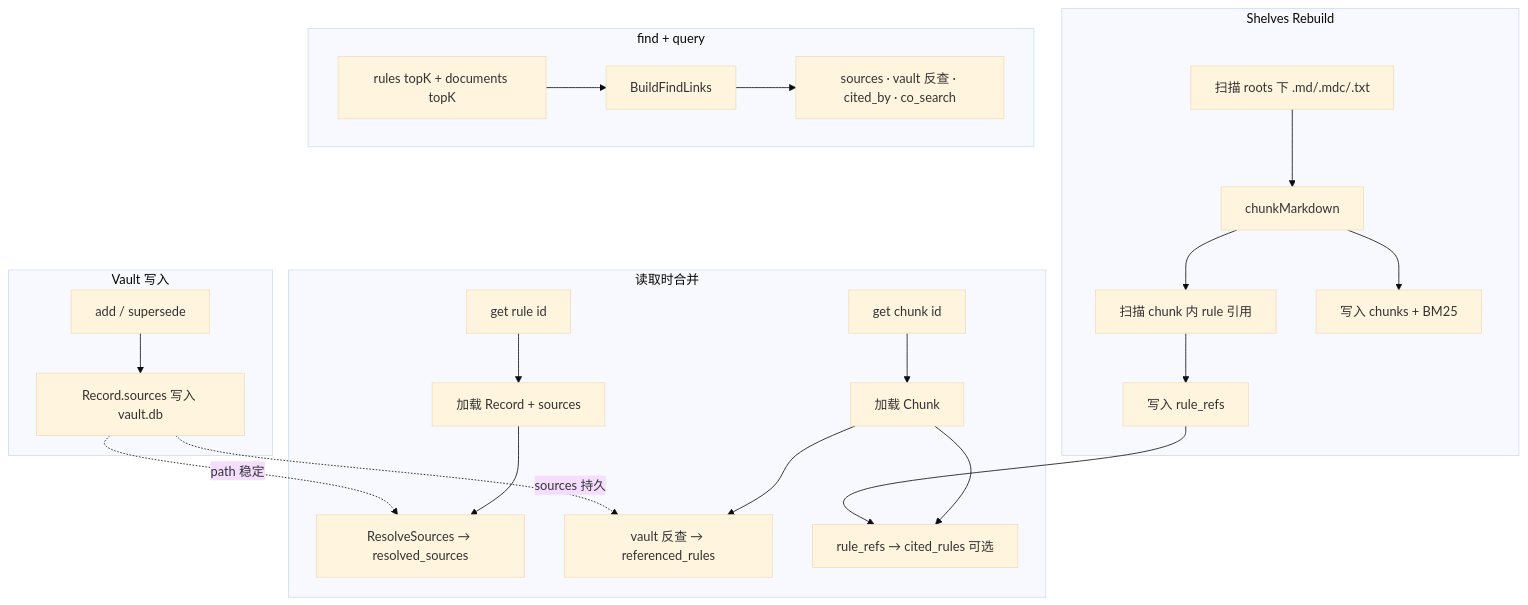
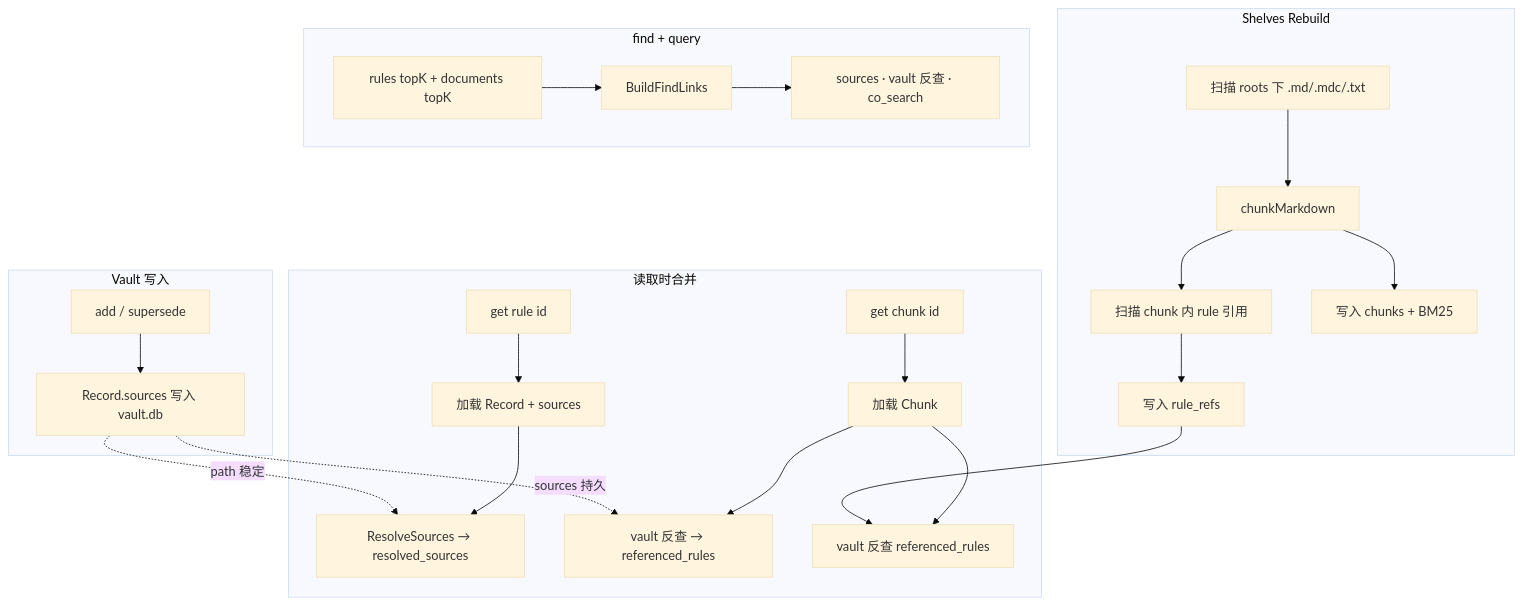
Before and after one commit to SteamedBread2333/imprint: the diagram in docs/imprint-shelves-linking.zh.md, drawn with Mermaid (base theme). The commit also changed other lines of this file and 28 other files, not shown here.

````diff
--- a/docs/imprint-shelves-linking.zh.md
+++ b/docs/imprint-shelves-linking.zh.md
@@ -179,30 +176,30 @@
 ```mermaid
 flowchart TB
   subgraph vault_write [Vault 写入]
     A[add / supersede] --> B[Record.sources 写入 vault.db]
   end
 
   subgraph shelves_rebuild [Shelves Rebuild]
     C[扫描 roots 下 .md/.mdc/.txt] --> D[chunkMarkdown]
     D --> E[扫描 chunk 内 rule 引用]
     E --> F[写入 rule_refs]
     D --> G[写入 chunks + BM25]
   end
 
   subgraph read_path [读取时合并]
     H[get rule id] --> I[加载 Record + sources]
     I --> J[ResolveSources → resolved_sources]
     K[get chunk id] --> L[加载 Chunk]
     L --> M[vault 反查 → referenced_rules]
-    L --> N[rule_refs → cited_rules 可选]
+    L --> N[vault 反查 referenced_rules]
     F --> N
   end
 
   subgraph find_path [find + query]
     P[rules topK + documents topK] --> Q[BuildFindLinks]
-    Q --> R[sources · vault 反查 · cited_by · co_search]
+    Q --> R[sources · vault 反查 · co_search]
   end
 
   B -.->|path 稳定| J
   B -.->|sources 持久| M
 ```
````
